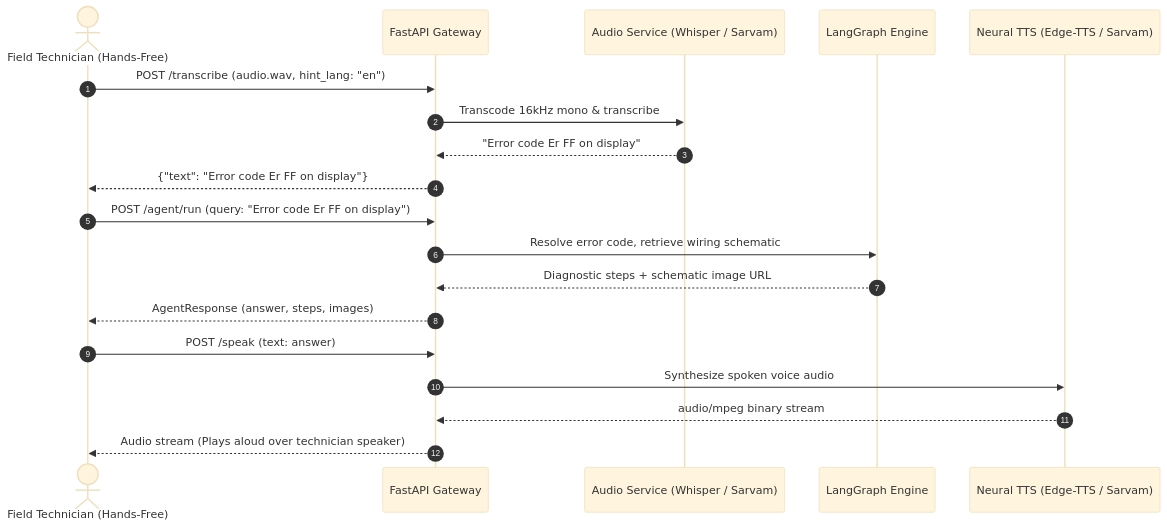
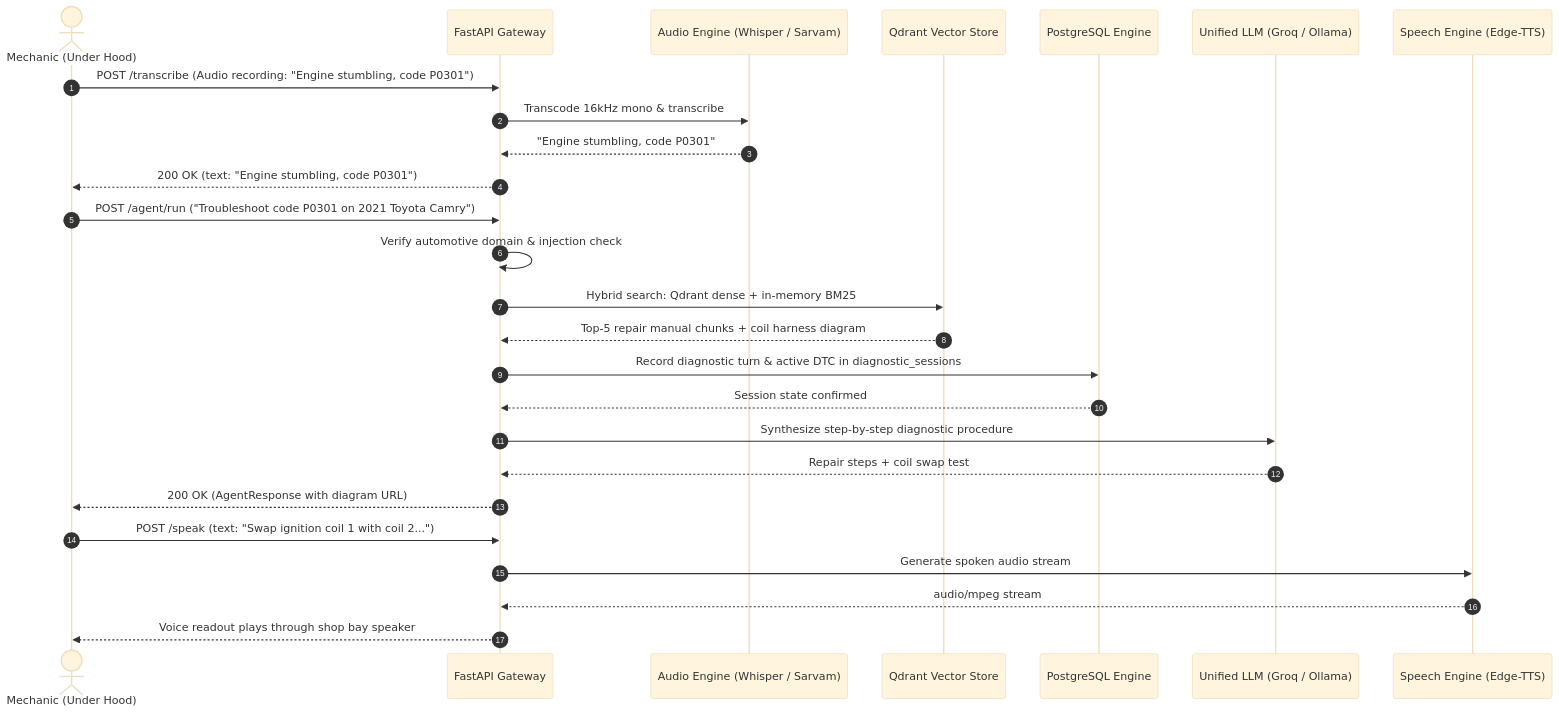
One commit to Santhosh-p653/rag-multimodal-assistant changed the third of 3 diagrams in API_DOCUMENTATION.md. Above: the diagram before and after it, drawn with Mermaid (base theme). The commit also changed other lines of this file, not shown here.

Commit message:
fixing api docs

````diff
--- a/API_DOCUMENTATION.md
+++ b/API_DOCUMENTATION.md
@@ -1032,24 +819,31 @@
 ```mermaid
 sequenceDiagram
     autonumber
-    actor Tech as Field Technician (Hands-Free)
+    actor Tech as Mechanic (Under Hood)
     participant API as FastAPI Gateway
-    participant STT as Audio Service (Whisper / Sarvam)
-    participant Agent as LangGraph Engine
-    participant TTS as Neural TTS (Edge-TTS / Sarvam)
+    participant STT as Audio Engine (Whisper / Sarvam)
+    participant Qdrant as Qdrant Vector Store
+    participant PG as PostgreSQL Engine
+    participant LLM as Unified LLM (Groq / Ollama)
+    participant TTS as Speech Engine (Edge-TTS)
 
-    Tech->>API: POST /transcribe (audio.wav, hint_lang: "en")
+    Tech->>API: POST /transcribe (Audio recording: "Engine stumbling, code P0301")
     API->>STT: Transcode 16kHz mono & transcribe
-    STT-->>API: "Error code Er FF on display"
-    API-->>Tech: {"text": "Error code Er FF on display"}
+    STT-->>API: "Engine stumbling, code P0301"
+    API-->>Tech: 200 OK (text: "Engine stumbling, code P0301")
 
-    Tech->>API: POST /agent/run (query: "Error code Er FF on display")
-    API->>Agent: Resolve error code, retrieve wiring schematic
-    Agent-->>API: Diagnostic steps + schematic image URL
-    API-->>Tech: AgentResponse (answer, steps, images)
+    Tech->>API: POST /agent/run ("Troubleshoot code P0301 on 2021 Toyota Camry")
+    API->>API: Verify automotive domain & injection check
+    API->>Qdrant: Hybrid search: Qdrant dense + in-memory BM25
+    Qdrant-->>API: Top-5 repair manual chunks + coil harness diagram
+    API->>PG: Record diagnostic turn & active DTC in diagnostic_sessions
+    PG-->>API: Session state confirmed
+    API->>LLM: Synthesize step-by-step diagnostic procedure
+    LLM-->>API: Repair steps + coil swap test
+    API-->>Tech: 200 OK (AgentResponse with diagram URL)
 
-    Tech->>API: POST /speak (text: answer)
-    API->>TTS: Synthesize spoken voice audio
-    TTS-->>API: audio/mpeg binary stream
-    API-->>Tech: Audio stream (Plays aloud over technician speaker)
+    Tech->>API: POST /speak (text: "Swap ignition coil 1 with coil 2...")
+    API->>TTS: Generate spoken audio stream
+    TTS-->>API: audio/mpeg stream
+    API-->>Tech: Voice readout plays through shop bay speaker
 ```
````
